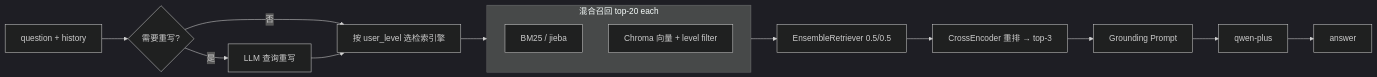
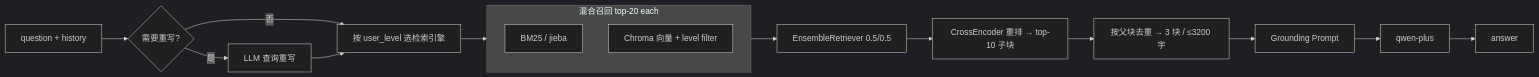
Before and after one commit to zhni1314/tiered-rag-service: the diagram in README.md, drawn with Mermaid (dark theme). The commit also changed other lines of this file and 1 other file, not shown here.

````diff
--- a/README.md
+++ b/README.md
@@ -49,15 +50,16 @@
 ```mermaid
 flowchart LR
     Q[question + history] --> R{需要重写?}
     R -- 否 --> RET
     R -- 是 --> RW[LLM 查询重写] --> RET
     RET[按 user_level 选检索引擎] --> H
     subgraph H[混合召回 top-20 each]
         B[BM25 / jieba]
         V[Chroma 向量 + level filter]
     end
     H --> E[EnsembleRetriever 0.5/0.5]
-    E --> X[CrossEncoder 重排 → top-3]
-    X --> P[Grounding Prompt]
+    E --> X[CrossEncoder 重排 → top-10 子块]
+    X --> C[按父块去重 → 3 块 / ≤3200 字]
+    C --> P[Grounding Prompt]
     P --> LLM[qwen-plus] --> A[answer]
 ```
````
